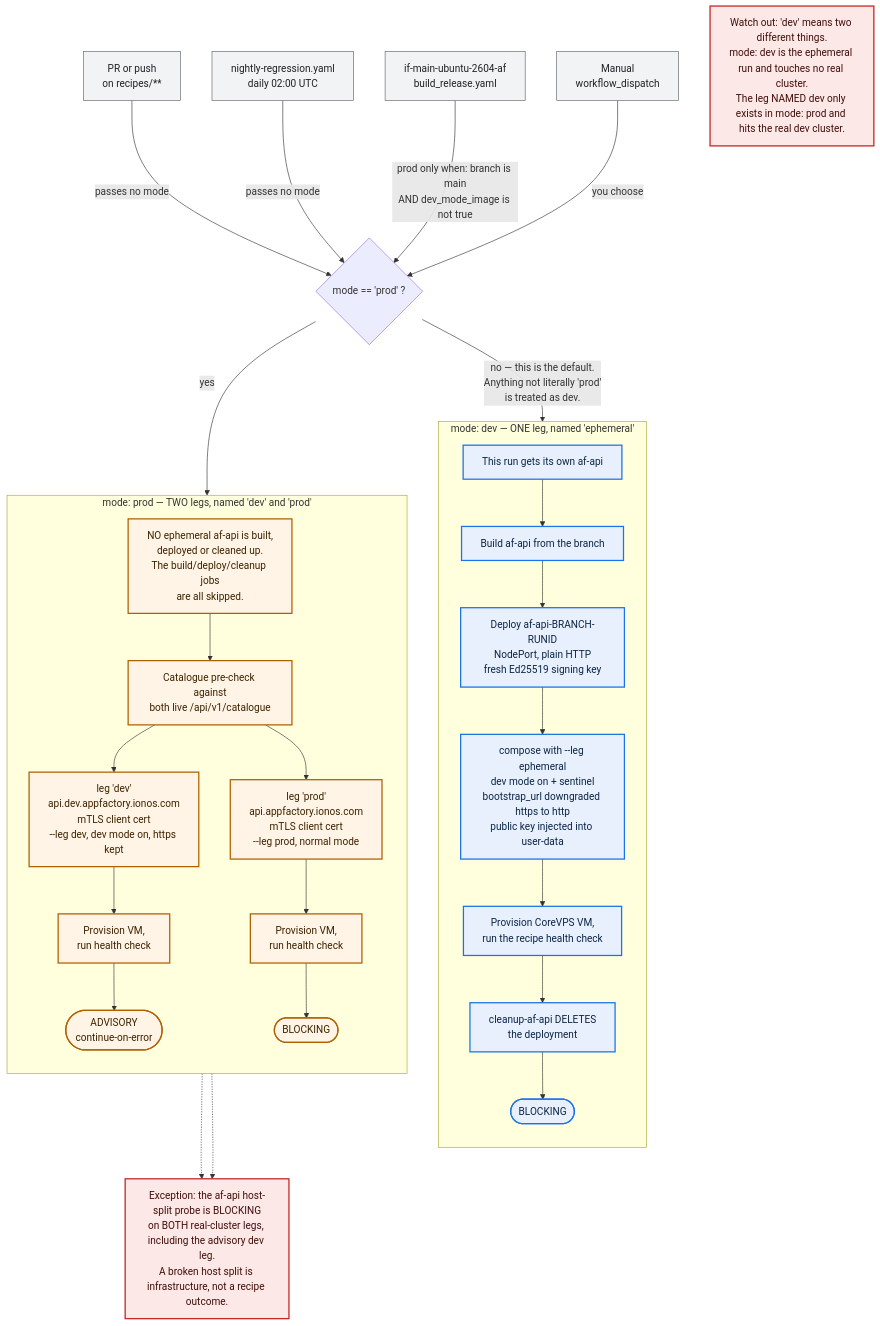
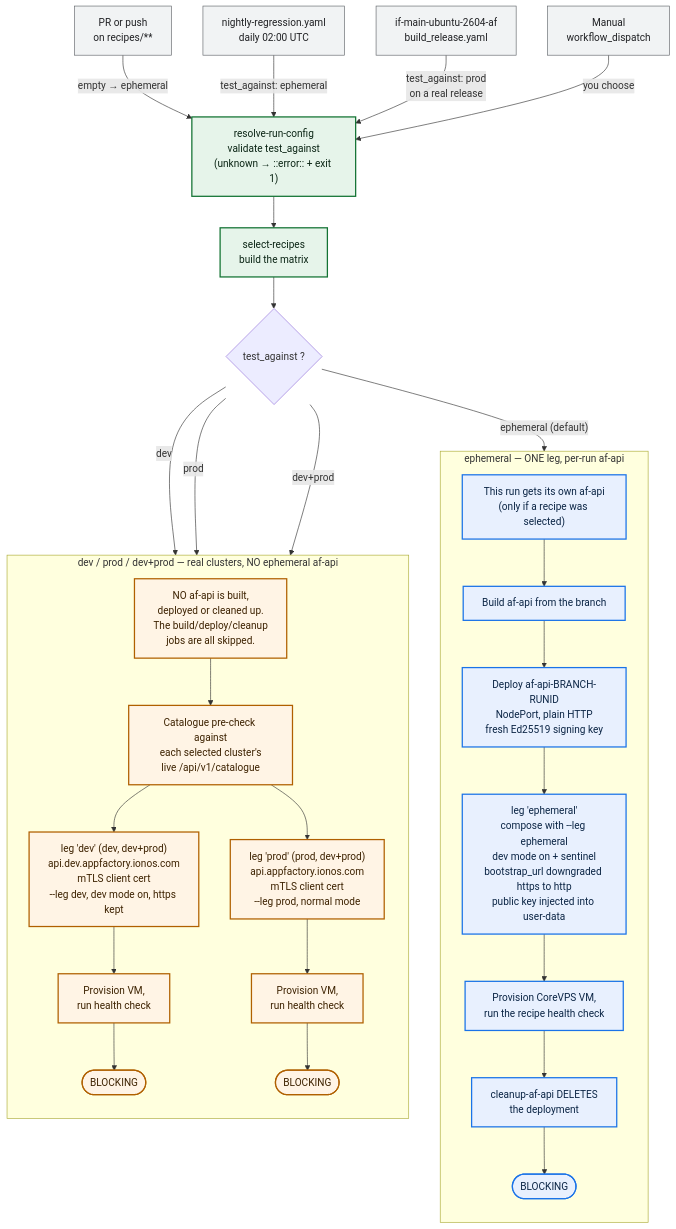
One commit to IONOS-Server-Technology/af-recipes-df-clone changed the diagram in README.md. Above: the diagram before and after it, drawn with Mermaid. The commit also changed other lines of this file and 8 other files, not shown here.

First line of the commit message:
feat: replace pipeline `mode` input with explicit `test_against` target (IF-1446) (#91)

````diff
--- a/README.md
+++ b/README.md
@@ -494,63 +500,62 @@
 ```mermaid
 %% Source of truth for this diagram. The Confluence page "AF Recipe Testing —
 %% Pipeline Modes" carries a draw.io copy generated from this text, because
 %% Confluence has no Mermaid macro. Re-import it there after changing anything here.
 flowchart TD
     T1["PR or push<br/>on recipes/**"]
     T2["nightly-regression.yaml<br/>daily 02:00 UTC"]
     T3["if-main-ubuntu-2604-af<br/>build_release.yaml"]
     T4["Manual<br/>workflow_dispatch"]
 
-    T1 -->|"passes no mode"| Q
-    T2 -->|"passes no mode"| Q
-    T3 -->|"prod only when: branch is main<br/>AND dev_mode_image is not true"| Q
-    T4 -->|"you choose"| Q
+    T1 -->|"empty → ephemeral"| RC
+    T2 -->|"test_against: ephemeral"| RC
+    T3 -->|"test_against: prod<br/>on a real release"| RC
+    T4 -->|"you choose"| RC
 
-    Q{"mode == 'prod' ?"}
+    RC["resolve-run-config<br/>validate test_against<br/>(unknown → ::error:: + exit 1)"]
+    SR["select-recipes<br/>build the matrix"]
+    RC --> SR
+    SR --> Q{"test_against ?"}
 
-    Q -->|"no — this is the default.<br/>Anything not literally 'prod'<br/>is treated as dev."| D0
-    Q -->|"yes"| P0
+    Q -->|"ephemeral (default)"| E0
+    Q -->|"dev"| R0
+    Q -->|"prod"| R0
+    Q -->|"dev+prod"| R0
 
-    subgraph DEVMODE ["mode: dev — ONE leg, named 'ephemeral'"]
+    subgraph EPH ["ephemeral — ONE leg, per-run af-api"]
         direction TB
-        D0["This run gets its own af-api"]
-        D1["Build af-api from the branch"]
-        D2["Deploy af-api-BRANCH-RUNID<br/>NodePort, plain HTTP<br/>fresh Ed25519 signing key"]
-        D3["compose with --leg ephemeral<br/>dev mode on + sentinel<br/>bootstrap_url downgraded https to http<br/>public key injected into user-data"]
-        D4["Provision CoreVPS VM,<br/>run the recipe health check"]
-        D5["cleanup-af-api DELETES<br/>the deployment"]
-        D6(["BLOCKING"])
-        D0 --> D1 --> D2 --> D3 --> D4 --> D5 --> D6
+        E0["This run gets its own af-api<br/>(only if a recipe was selected)"]
+        E1["Build af-api from the branch"]
+        E2["Deploy af-api-BRANCH-RUNID<br/>NodePort, plain HTTP<br/>fresh Ed25519 signing key"]
+        E3["leg 'ephemeral'<br/>compose with --leg ephemeral<br/>dev mode on + sentinel<br/>bootstrap_url downgraded https to http<br/>public key injected into user-data"]
+        E4["Provision CoreVPS VM,<br/>run the recipe health check"]
+        E5["cleanup-af-api DELETES<br/>the deployment"]
+        E6(["BLOCKING"])
+        E0 --> E1 --> E2 --> E3 --> E4 --> E5 --> E6
     end
 
-    subgraph PRODMODE ["mode: prod — TWO legs, named 'dev' and 'prod'"]
+    subgraph REAL ["dev / prod / dev+prod — real clusters, NO ephemeral af-api"]
         direction TB
-        P0["NO ephemeral af-api is built,<br/>deployed or cleaned up.<br/>The build/deploy/cleanup jobs<br/>are all skipped."]
-        PC["Catalogue pre-check against<br/>both live /api/v1/catalogue"]
-        PD["leg 'dev'<br/>api.dev.appfactory.ionos.com<br/>mTLS client cert<br/>--leg dev, dev mode on, https kept"]
-        PP["leg 'prod'<br/>api.appfactory.ionos.com<br/>mTLS client cert<br/>--leg prod, normal mode"]
-        PDV["Provision VM,<br/>run health check"]
-        PPV["Provision VM,<br/>run health check"]
-        PDB(["ADVISORY<br/>continue-on-error"])
-        PPB(["BLOCKING"])
-        P0 --> PC
-        PC --> PD --> PDV --> PDB
-        PC --> PP --> PPV --> PPB
+        R0["NO af-api is built,<br/>deployed or cleaned up.<br/>The build/deploy/cleanup<br/>jobs are all skipped."]
+        RCK["Catalogue pre-check against<br/>each selected cluster's<br/>live /api/v1/catalogue"]
+        RD["leg 'dev' (dev, dev+prod)<br/>api.dev.appfactory.ionos.com<br/>mTLS client cert<br/>--leg dev, dev mode on, https kept"]
+        RP["leg 'prod' (prod, dev+prod)<br/>api.appfactory.ionos.com<br/>mTLS client cert<br/>--leg prod, normal mode"]
+        RDV["Provision VM,<br/>run health check"]
+        RPV["Provision VM,<br/>run health check"]
+        RDB(["BLOCKING"])
+        RPB(["BLOCKING"])
+        R0 --> RCK
+        RCK --> RD --> RDV --> RDB
+        RCK --> RP --> RPV --> RPB
     end
 
-    HS["Exception: the af-api host-split probe is BLOCKING<br/>on BOTH real-cluster legs, including the advisory dev leg.<br/>A broken host split is infrastructure, not a recipe outcome."]
-    PDB -.-> HS
-    PPB -.-> HS
-
-    WARN["Watch out: 'dev' means two different things.<br/>mode: dev is the ephemeral run and touches no real cluster.<br/>The leg NAMED dev only exists in mode: prod and hits the real dev cluster."]
-
-    classDef devStyle fill:#E8F0FE,stroke:#1A73E8,stroke-width:2px,color:#0B2545
-    classDef prodStyle fill:#FFF4E5,stroke:#B06000,stroke-width:2px,color:#3D2200
+    classDef ephStyle fill:#E8F0FE,stroke:#1A73E8,stroke-width:2px,color:#0B2545
+    classDef realStyle fill:#FFF4E5,stroke:#B06000,stroke-width:2px,color:#3D2200
     classDef trigStyle fill:#F1F3F4,stroke:#5F6368,stroke-width:1px,color:#202124
-    classDef warnStyle fill:#FCE8E6,stroke:#C5221F,stroke-width:2px,color:#410E0B
+    classDef ctrlStyle fill:#E6F4EA,stroke:#137333,stroke-width:2px,color:#0B2515
 
     class T1,T2,T3,T4 trigStyle
-    class D0,D1,D2,D3,D4,D5,D6 devStyle
-    class P0,PC,PD,PP,PDV,PPV,PDB,PPB prodStyle
-    class HS,WARN warnStyle
+    class RC,SR ctrlStyle
+    class E0,E1,E2,E3,E4,E5,E6 ephStyle
+    class R0,RCK,RD,RP,RDV,RPV,RDB,RPB realStyle
 ```
````
